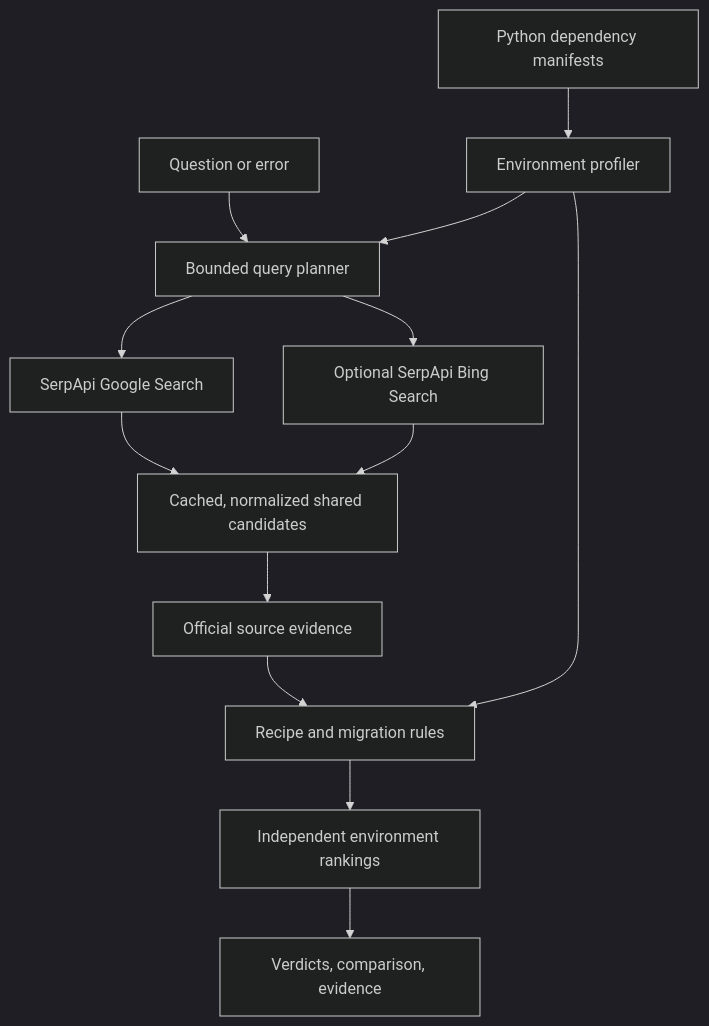
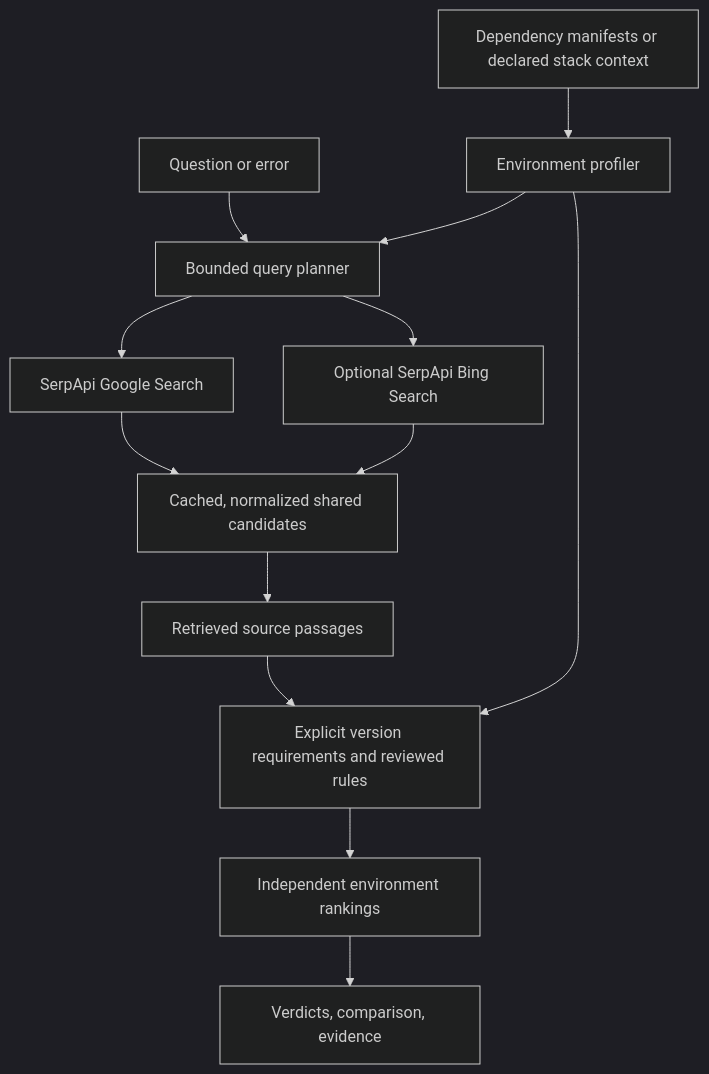
The diagram in README.md (Ananay28425/VersionVerdict), drawn with Mermaid (dark theme) before and after one commit. The commit also changed other lines of this file and 36 other files, not shown here.

````diff
--- a/README.md
+++ b/README.md
@@ -69,15 +72,15 @@
 ```mermaid
 flowchart TD
-  A[Python dependency manifests] --> B[Environment profiler]
+  A[Dependency manifests or declared stack context] --> B[Environment profiler]
   Q[Question or error] --> C[Bounded query planner]
   B --> C
   C --> D[SerpApi Google Search]
   C --> O[Optional SerpApi Bing Search]
   D --> E[Cached, normalized shared candidates]
   O --> E
-  E --> F[Official source evidence]
-  F --> G[Recipe and migration rules]
+  E --> F[Retrieved source passages]
+  F --> G[Explicit version requirements and reviewed rules]
   B --> G
   G --> H[Independent environment rankings]
   H --> I[Verdicts, comparison, evidence]
 ```
````
